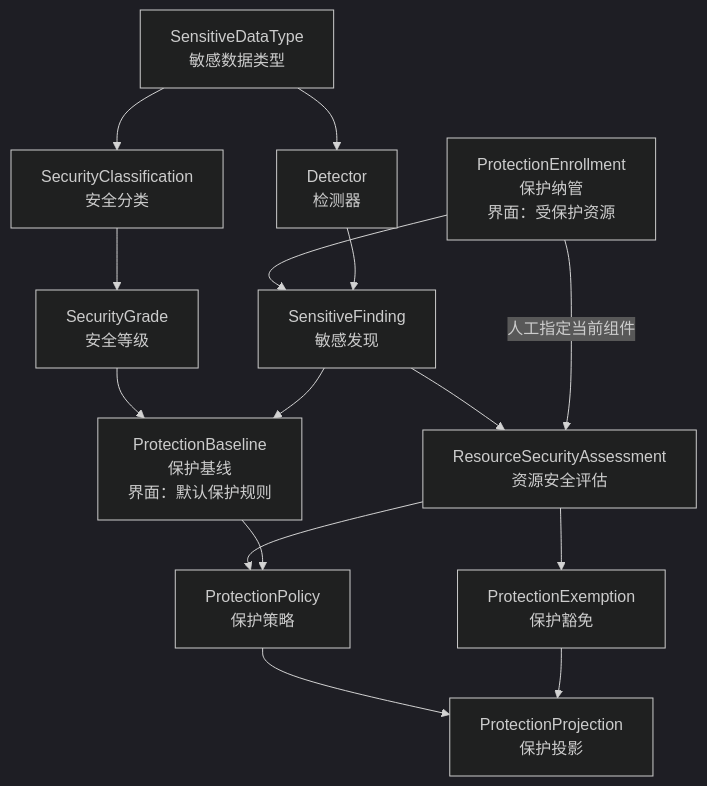
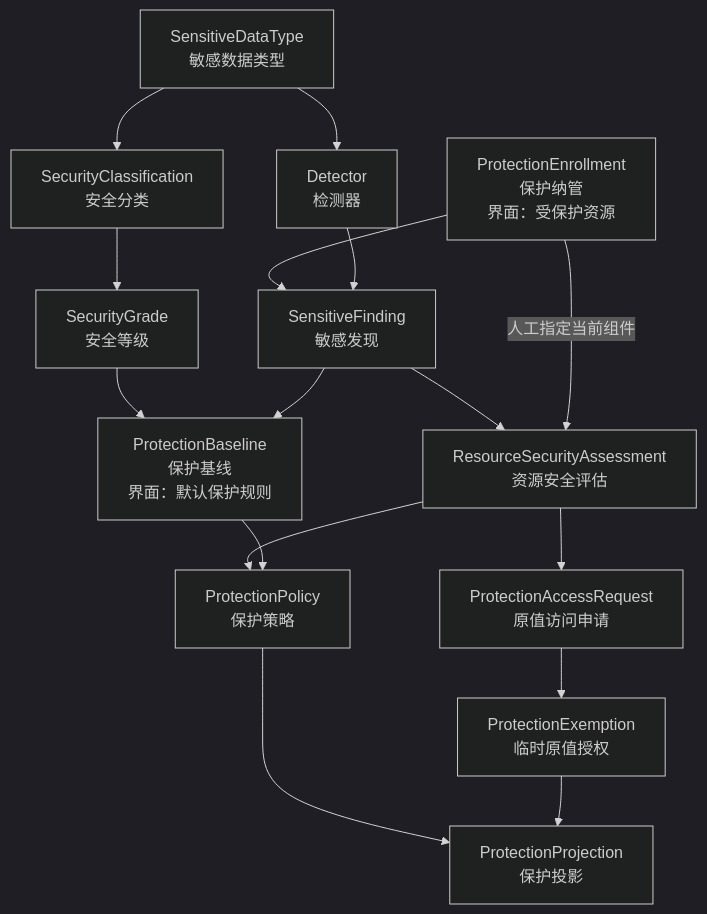
One commit to pampa0629/addp changed the first of 5 diagrams in docs/concepts/addp数据安全与隐私保护体系图.md. Above: the diagram before and after it, drawn with Mermaid (dark theme). The commit also changed other lines of this file and 243 other files, not shown here.

````diff
--- a/docs/concepts/addp数据安全与隐私保护体系图.md
+++ b/docs/concepts/addp数据安全与隐私保护体系图.md
@@ -19,29 +19,31 @@
 ```mermaid
 flowchart TB
     Type[SensitiveDataType<br/>敏感数据类型]
     Classification[SecurityClassification<br/>安全分类]
     Grade[SecurityGrade<br/>安全等级]
     Detector[Detector<br/>检测器]
     Baseline[ProtectionBaseline<br/>保护基线<br/>界面：默认保护规则]
     Enrollment[ProtectionEnrollment<br/>保护纳管<br/>界面：受保护资源]
     Finding[SensitiveFinding<br/>敏感发现]
     Assessment[ResourceSecurityAssessment<br/>资源安全评估]
     Policy[ProtectionPolicy<br/>保护策略]
-    Exemption[ProtectionExemption<br/>保护豁免]
+    AccessRequest[ProtectionAccessRequest<br/>原值访问申请]
+    Exemption[ProtectionExemption<br/>临时原值授权]
     Projection[ProtectionProjection<br/>保护投影]
 
     Type --> Detector
     Type --> Classification
     Classification --> Grade
     Grade --> Baseline
     Enrollment --> Finding
     Detector --> Finding
     Finding --> Assessment
     Enrollment -->|人工指定当前组件| Assessment
     Finding --> Baseline
     Assessment --> Policy
     Baseline --> Policy
-    Assessment --> Exemption
+    Assessment --> AccessRequest
+    AccessRequest --> Exemption
     Policy --> Projection
     Exemption --> Projection
 ```
````
